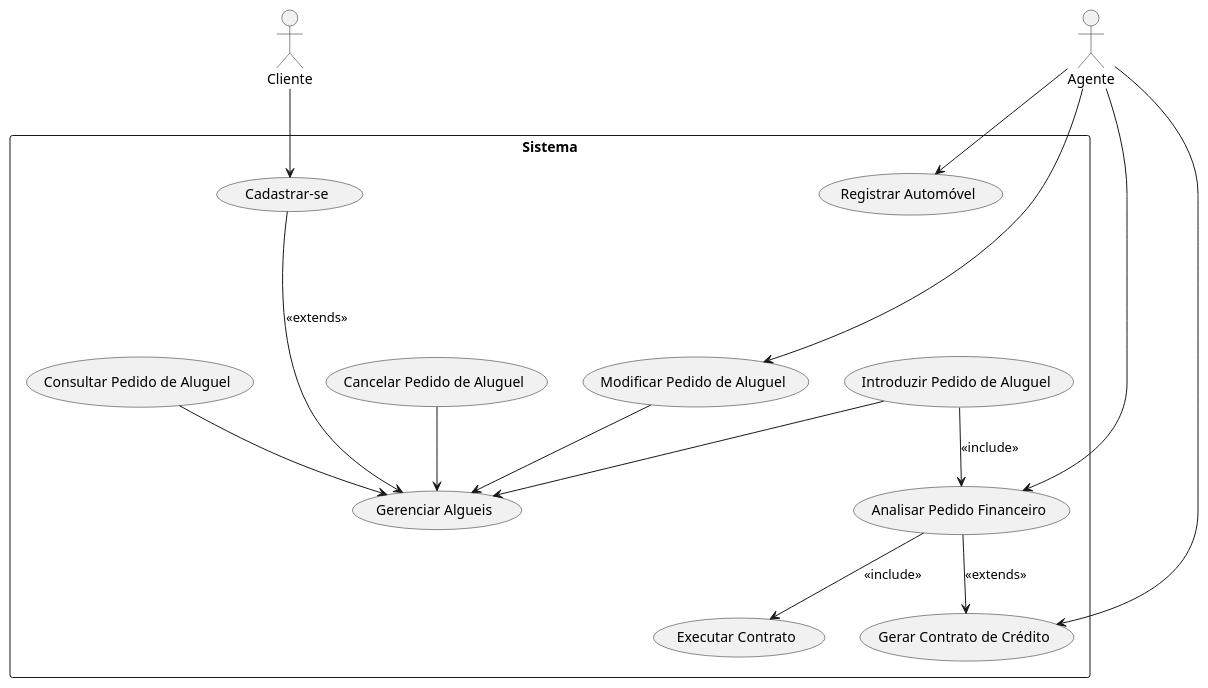
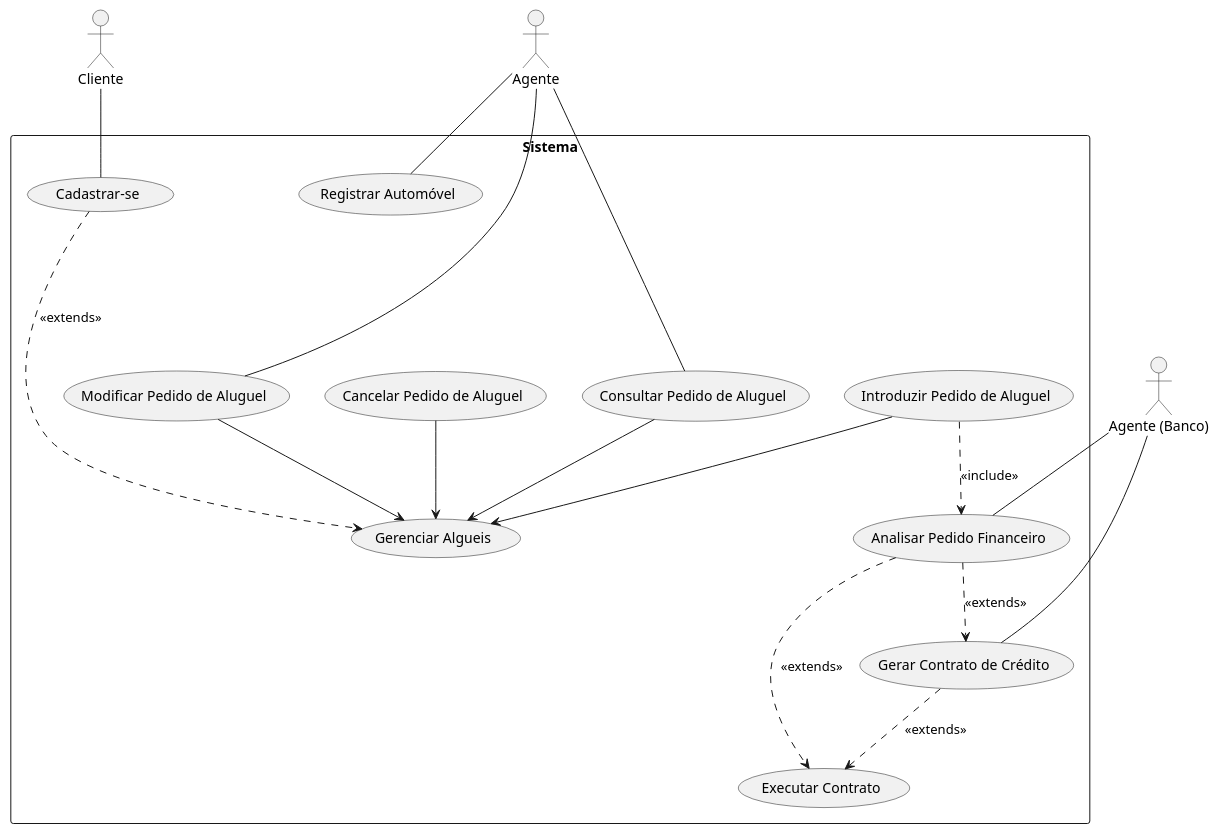
The diagram in project/code/Diagramade Casos de Uso.puml (daviffsilva/G6-LabDevSoft-2), drawn with PlantUML before and after one commit.

Commit message:
Update Diagrama de Casos de Uso.puml

```diff
--- a/project/code/Diagramade Casos de Uso.puml
+++ b/project/code/Diagramade Casos de Uso.puml
@@ -1,35 +1,37 @@
 @startuml
 actor "Cliente" as Cliente
 actor "Agente" as Agente
+actor "Agente (Banco)" as AgenteBanco 
 
 rectangle Sistema{
 
 usecase "Cadastrar-se" as Cadastro
 usecase "Gerenciar Algueis" as GerenciarAlugueis
 usecase "Introduzir Pedido de Aluguel" as IntroduzirPedido
 usecase "Modificar Pedido de Aluguel" as ModificarPedido
 usecase "Consultar Pedido de Aluguel" as ConsultarPedido
 usecase "Cancelar Pedido de Aluguel" as CancelarPedido
 usecase "Analisar Pedido Financeiro" as AnalisarFinanceiro
 usecase "Executar Contrato" as ExecutarContrato
 usecase "Registrar Automóvel" as RegistrarAutomovel
 usecase "Gerar Contrato de Crédito" as GerarContratoCredito
 
-Agente --> ModificarPedido
-Agente --> AnalisarFinanceiro
-Agente --> RegistrarAutomovel
-Agente --> GerarContratoCredito
+Agente -- ModificarPedido
+AgenteBanco -- AnalisarFinanceiro
+Agente -- RegistrarAutomovel
+AgenteBanco -- GerarContratoCredito
+Agente -- ConsultarPedido
+Cliente -- Cadastro
 
-Cliente --> Cadastro
-
-Cadastro ----> (GerenciarAlugueis) : <<extends>>
+Cadastro ....> (GerenciarAlugueis) : <<extends>>
 IntroduzirPedido --> (GerenciarAlugueis)
 ModificarPedido --> (GerenciarAlugueis)
 ConsultarPedido --> (GerenciarAlugueis)
 CancelarPedido --> (GerenciarAlugueis)
-IntroduzirPedido --> (AnalisarFinanceiro) : <<include>>
-AnalisarFinanceiro --> (GerarContratoCredito) : <<extends>>
-AnalisarFinanceiro --> (ExecutarContrato) : <<include>>
+IntroduzirPedido ..> (AnalisarFinanceiro) : <<include>>
+AnalisarFinanceiro ..> (GerarContratoCredito) : <<extends>>
+AnalisarFinanceiro ..> (ExecutarContrato) : <<extends>>
+GerarContratoCredito ..> (ExecutarContrato) : <<extends>>
 
 }
 @enduml
```
